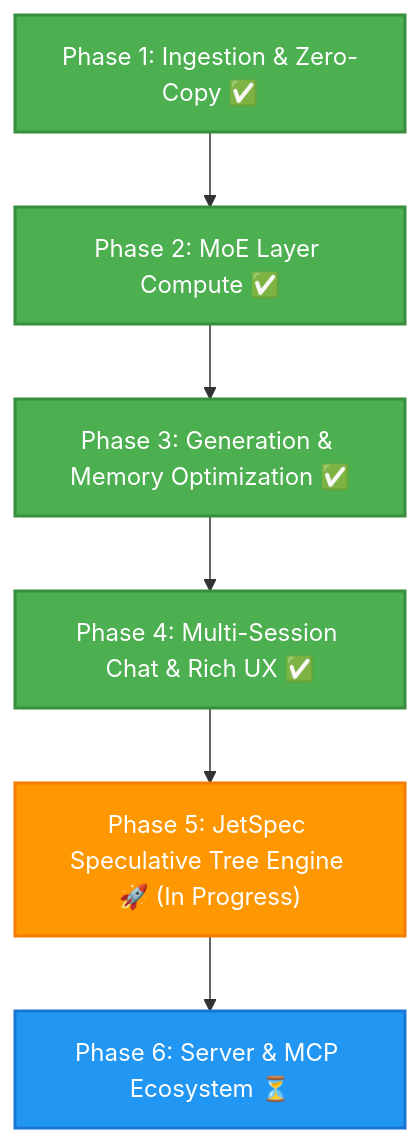
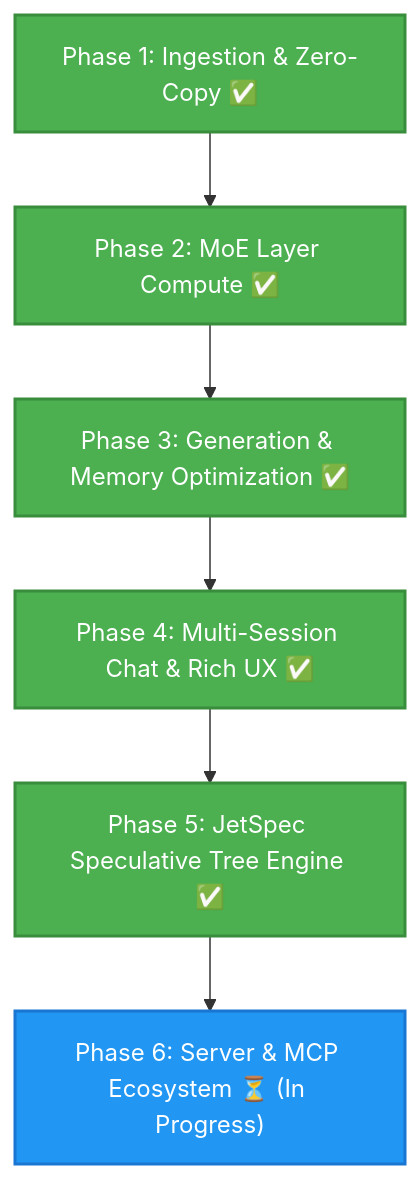
The diagram in README.md (derekrparris/DynaMoE), drawn with Mermaid before and after one commit. The commit also changed other lines of this file and 8 other files, not shown here.

````diff
--- a/README.md
+++ b/README.md
@@ -121,15 +131,15 @@
 ```mermaid
 flowchart TD
     A["Phase 1: Ingestion & Zero-Copy ✅"] --> B["Phase 2: MoE Layer Compute ✅"]
     B --> C["Phase 3: Generation & Memory Optimization ✅"]
     C --> D["Phase 4: Multi-Session Chat & Rich UX ✅"]
-    D --> E["Phase 5: JetSpec Speculative Tree Engine 🚀 (In Progress)"]
-    E --> F["Phase 6: Server & MCP Ecosystem ⏳"]
+    D --> E["Phase 5: JetSpec Speculative Tree Engine ✅"]
+    E --> F["Phase 6: Server & MCP Ecosystem ⏳ (In Progress)"]
     
     style A fill:#4CAF50,stroke:#388E3C,stroke-width:2px,color:#fff
     style B fill:#4CAF50,stroke:#388E3C,stroke-width:2px,color:#fff
     style C fill:#4CAF50,stroke:#388E3C,stroke-width:2px,color:#fff
     style D fill:#4CAF50,stroke:#388E3C,stroke-width:2px,color:#fff
-    style E fill:#FF9800,stroke:#F57C00,stroke-width:2px,color:#fff
+    style E fill:#4CAF50,stroke:#388E3C,stroke-width:2px,color:#fff
     style F fill:#2196F3,stroke:#1976D2,stroke-width:2px,color:#fff
 ```
````
